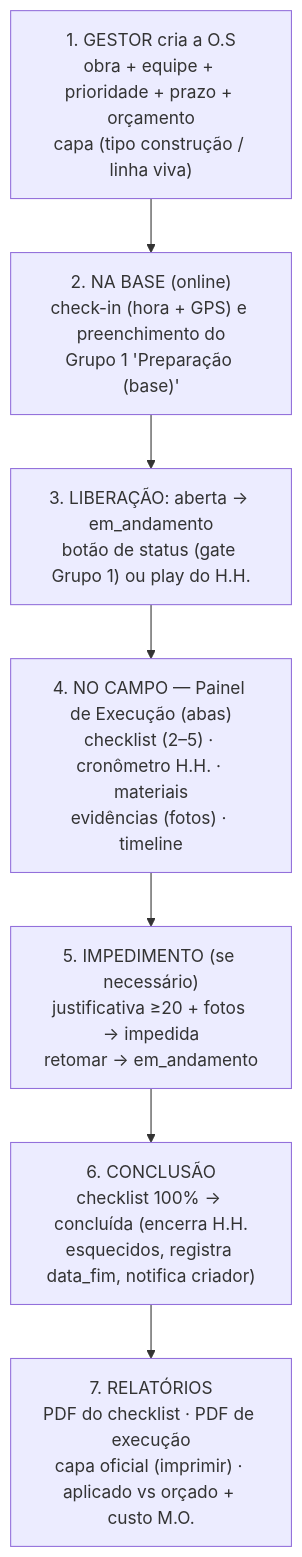
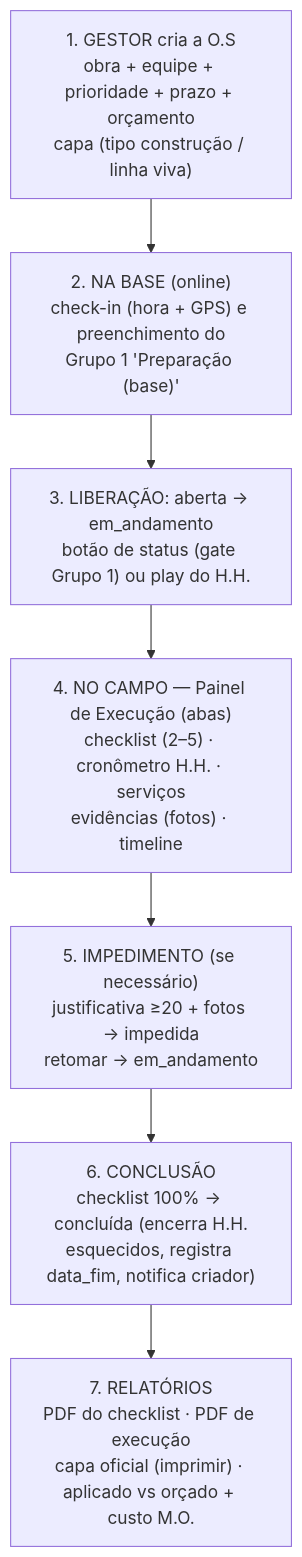
One commit to Edenir-Munaretto/App_Munaretto changed the third of 4 diagrams in DIAGRAMA_OS.md. Above: the diagram before and after it, drawn with Mermaid. The commit also changed other lines of this file and 3 other files, not shown here.

````diff
--- a/DIAGRAMA_OS.md
+++ b/DIAGRAMA_OS.md
@@ -123,10 +123,10 @@
 ```mermaid
 flowchart TD
     A["1. GESTOR cria a O.S<br/>obra + equipe + prioridade + prazo + orçamento<br/>capa (tipo construção / linha viva)"] --> B
     B["2. NA BASE (online)<br/>check-in (hora + GPS) e preenchimento do<br/>Grupo 1 'Preparação (base)'"] --> C
     C["3. LIBERAÇÃO: aberta → em_andamento<br/>botão de status (gate Grupo 1) ou play do H.H."] --> D
-    D["4. NO CAMPO — Painel de Execução (abas)<br/>checklist (2–5) · cronômetro H.H. · materiais<br/>evidências (fotos) · timeline"] --> E
+    D["4. NO CAMPO — Painel de Execução (abas)<br/>checklist (2–5) · cronômetro H.H. · serviços<br/>evidências (fotos) · timeline"] --> E
     E["5. IMPEDIMENTO (se necessário)<br/>justificativa ≥20 + fotos → impedida<br/>retomar → em_andamento"] --> F
     F["6. CONCLUSÃO<br/>checklist 100% → concluída (encerra H.H.<br/>esquecidos, registra data_fim, notifica criador)"] --> G
     G["7. RELATÓRIOS<br/>PDF do checklist · PDF de execução<br/>capa oficial (imprimir) · aplicado vs orçado + custo M.O."]
 ```
````
